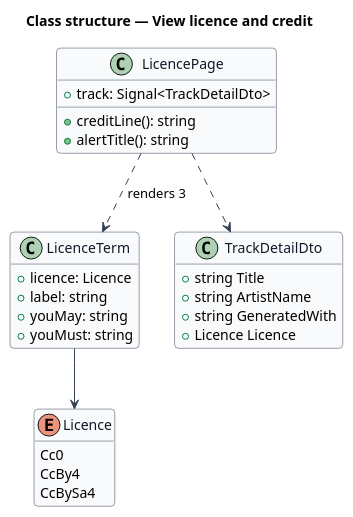
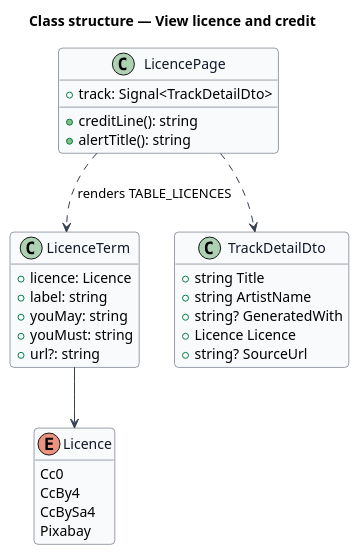
The diagram in docs/detailed-designs/catalogue/view-licence/diagrams/class-structure.puml (QuinntyneBrown/hummi), drawn with PlantUML before and after one commit. The commit also changed 23 other files, not shown here.

```diff
--- a/docs/detailed-designs/catalogue/view-licence/diagrams/class-structure.puml
+++ b/docs/detailed-designs/catalogue/view-licence/diagrams/class-structure.puml
@@ -1,40 +1,43 @@
 @startuml
 skinparam backgroundColor #FFFFFF
 skinparam shadowing false
 skinparam roundcorner 8
 skinparam defaultFontName Arial
 skinparam ArrowColor #344054
 skinparam class {
   BorderColor #344054
   FontColor #101828
   BackgroundColor #F9FAFB
 }
 hide empty members
 title Class structure — View licence and credit
 
 enum Licence {
   Cc0
   CcBy4
   CcBySa4
+  Pixabay
 }
 class LicenceTerm {
   +licence: Licence
   +label: string
   +youMay: string
   +youMust: string
+  +url?: string
 }
 class LicencePage {
   +track: Signal<TrackDetailDto>
   +creditLine(): string
   +alertTitle(): string
 }
 class TrackDetailDto {
   +string Title
   +string ArtistName
-  +string GeneratedWith
+  +string? GeneratedWith
   +Licence Licence
+  +string? SourceUrl
 }
 LicencePage ..> TrackDetailDto
-LicencePage ..> LicenceTerm : renders 3
+LicencePage ..> LicenceTerm : renders TABLE_LICENCES
 LicenceTerm --> Licence
 @enduml
```
